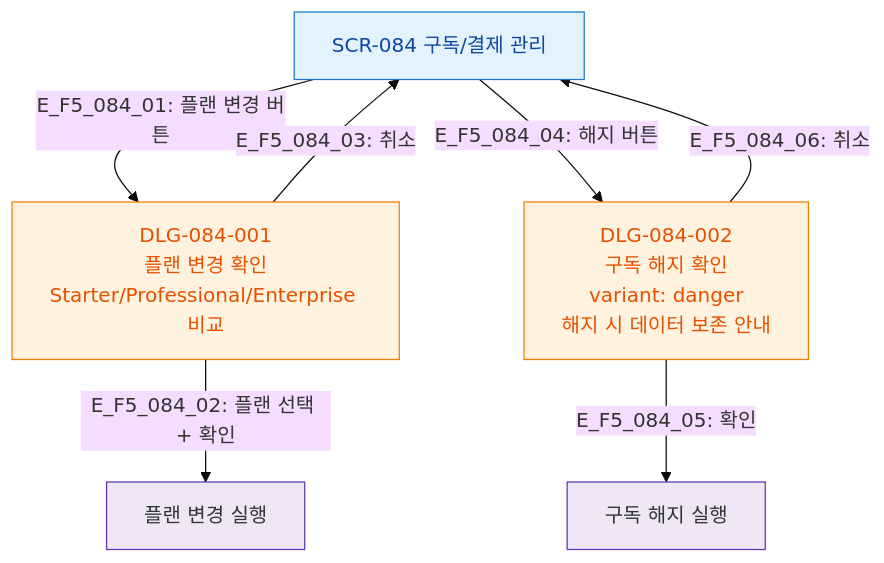
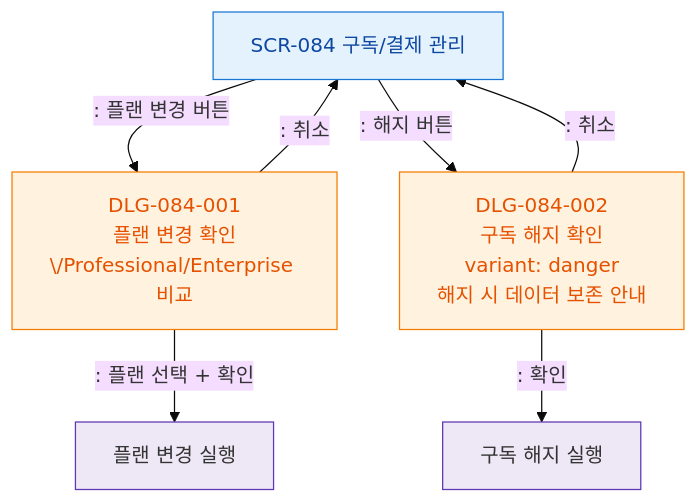
The diagram in docs/다이어그램/D09_설정관리/SCR-084_구독결제관리/F5_모달트리거.md (dev-spogym/admin-pando), drawn with Mermaid (base theme) before and after one commit. The commit also changed other lines of this file and 1660 other files, not shown here.

First line of the commit message:
다이어그램: 기획자/클라이언트 납품본으로 정리

````diff
--- a/docs/다이어그램/D09_설정관리/SCR-084_구독결제관리/F5_모달트리거.md
+++ b/docs/다이어그램/D09_설정관리/SCR-084_구독결제관리/F5_모달트리거.md
@@ -14,19 +12,19 @@
 ```mermaid
 flowchart TD
     SCR084[SCR-084 구독/결제 관리]
 
-    SCR084 -->|"E_F5_084_01: 플랜 변경 버튼"| DLG_001[DLG-084-001\n플랜 변경 확인\nStarter/Professional/Enterprise 비교]
-    DLG_001 -->|"E_F5_084_02: 플랜 선택 + 확인"| ACT_CHANGE[플랜 변경 실행]
-    DLG_001 -->|"E_F5_084_03: 취소"| SCR084
+    SCR084 -->|": 플랜 변경 버튼"|DLG_001[DLG-084-001\n플랜 변경 확인\/Professional/Enterprise 비교]
+    DLG_001 -->|": 플랜 선택 + 확인"|ACT_CHANGE[플랜 변경 실행]
+    DLG_001 -->|": 취소"|SCR084
 
-    SCR084 -->|"E_F5_084_04: 해지 버튼"| DLG_002[DLG-084-002\n구독 해지 확인\nvariant: danger\n해지 시 데이터 보존 안내]
-    DLG_002 -->|"E_F5_084_05: 확인"| ACT_CANCEL[구독 해지 실행]
-    DLG_002 -->|"E_F5_084_06: 취소"| SCR084
+    SCR084 -->|": 해지 버튼"|DLG_002[DLG-084-002\n구독 해지 확인\nvariant: danger\n해지 시 데이터 보존 안내]
+    DLG_002 -->|": 확인"|ACT_CANCEL[구독 해지 실행]
+    DLG_002 -->|": 취소"|SCR084
 
     classDef screen fill:#E3F2FD,stroke:#1976D2,color:#0D47A1
     classDef modal fill:#FFF3E0,stroke:#F57C00,color:#E65100
     classDef system fill:#EDE7F6,stroke:#5E35B2
     class SCR084 screen
     class DLG_001,DLG_002 modal
     class ACT_CHANGE,ACT_CANCEL system
 ```
````
